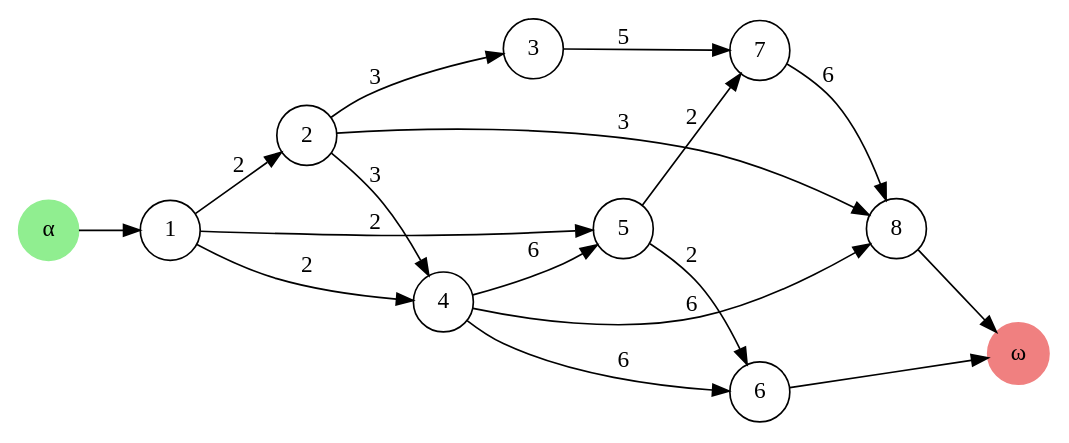
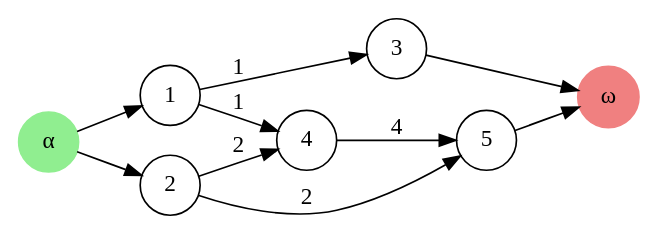
Before and after one commit to ktzkvin/GraphProjectL3: the diagram in data/graph.gv, drawn with Graphviz. The commit also changed 3 other files, not shown here.

```diff
--- a/data/graph.gv
+++ b/data/graph.gv
@@ -1,30 +1,20 @@
 // Graphe de contraintes
 digraph {
 	rankdir=LR
 	1 [label=1 shape=circle]
 	2 [label=2 shape=circle]
 	3 [label=3 shape=circle]
 	4 [label=4 shape=circle]
 	5 [label=5 shape=circle]
-	6 [label=6 shape=circle]
-	7 [label=7 shape=circle]
-	8 [label=8 shape=circle]
-	1 -> 2 [label=2]
-	2 -> 3 [label=3]
-	1 -> 4 [label=2]
-	2 -> 4 [label=3]
-	1 -> 5 [label=2]
-	4 -> 5 [label=6]
-	4 -> 6 [label=6]
-	5 -> 6 [label=2]
-	3 -> 7 [label=5]
-	5 -> 7 [label=2]
-	2 -> 8 [label=3]
-	4 -> 8 [label=6]
-	7 -> 8 [label=6]
+	1 -> 3 [label=1]
+	1 -> 4 [label=1]
+	2 -> 4 [label=2]
+	2 -> 5 [label=2]
+	4 -> 5 [label=4]
 	Alpha [label="α" color=lightgreen shape=circle style=filled]
 	Alpha -> 1 [label=""]
+	Alpha -> 2 [label=""]
 	Omega [label="ω" color=lightcoral shape=circle style=filled]
-	6 -> Omega [label=""]
-	8 -> Omega [label=""]
+	3 -> Omega [label=""]
+	5 -> Omega [label=""]
 }
```
